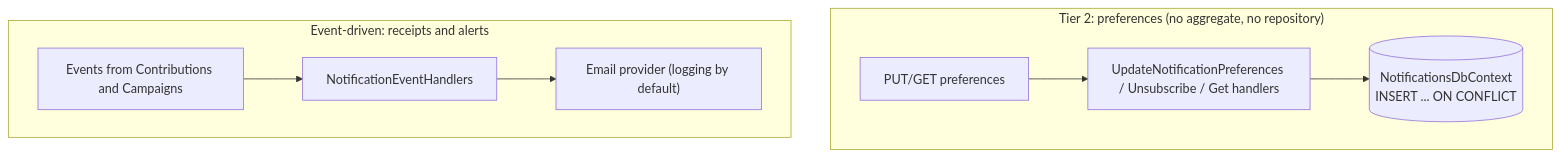
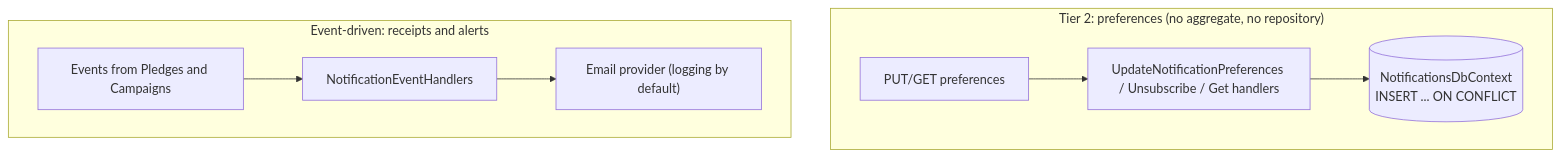
The diagram in src/Modules/Notifications/README.md (maysamgamini/crowdfundinghub), drawn with Mermaid before and after one commit. The commit also changed other lines of this file and 571 other files, not shown here.

````diff
--- a/src/Modules/Notifications/README.md
+++ b/src/Modules/Notifications/README.md
@@ -8,11 +8,11 @@
 ```mermaid
 flowchart TB
     subgraph T2["Tier 2: preferences (no aggregate, no repository)"]
         E1["PUT/GET preferences"] --> H1["UpdateNotificationPreferences / Unsubscribe / Get handlers"]
         H1 --> Db1[("NotificationsDbContext<br/>INSERT ... ON CONFLICT")]
     end
     subgraph T3["Event-driven: receipts and alerts"]
-        Ev["Events from Contributions and Campaigns"] --> H2["NotificationEventHandlers"]
+        Ev["Events from Pledges and Campaigns"] --> H2["NotificationEventHandlers"]
         H2 --> Mail["Email provider (logging by default)"]
     end
 ```
````
